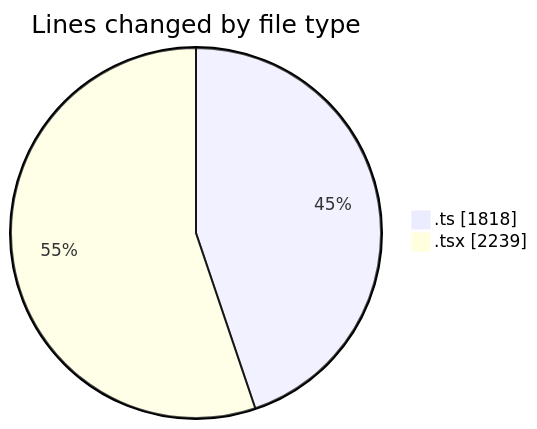
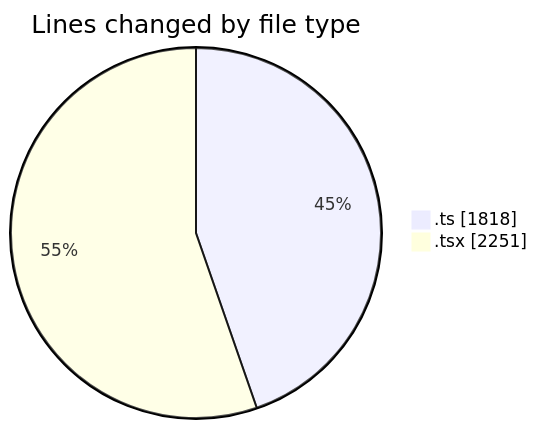
One commit to nxtqubesakshisongat/code-tracking changed the first of 2 diagrams in 2026-03-13/nxtqube_webapp/README.md. Above: the diagram before and after it, drawn with Mermaid. The commit also changed other lines of this file and 1 other file, not shown here.

````diff
--- a/2026-03-13/nxtqube_webapp/README.md
+++ b/2026-03-13/nxtqube_webapp/README.md
@@ -21,6 +21,6 @@
 ```mermaid
 pie showData
 title Lines changed by file type
 ".ts" : 1818
-".tsx" : 2239
+".tsx" : 2251
 ```
````
